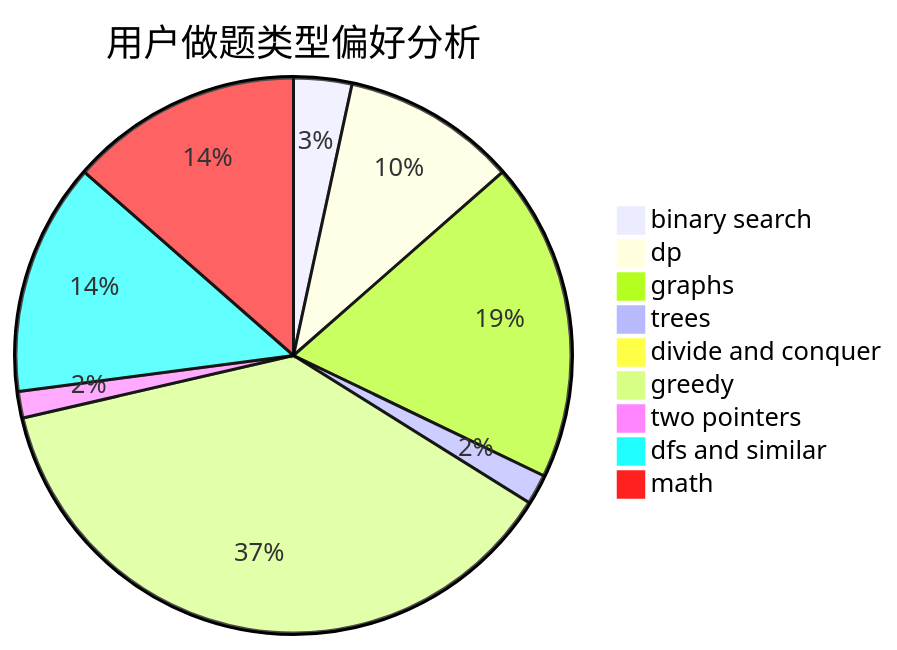
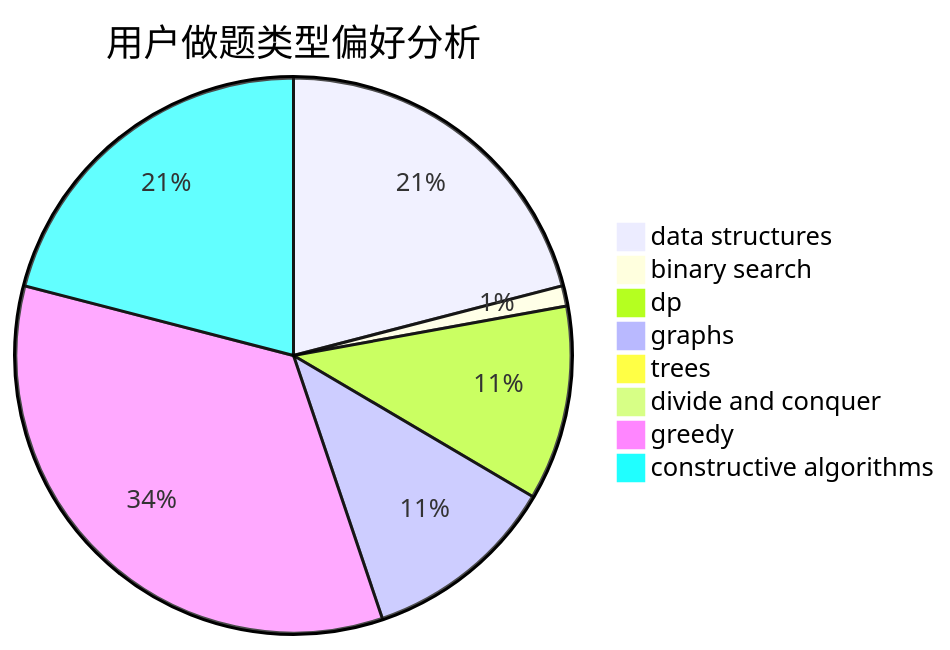
One commit to sherpahu/cfrs.github.io changed the second of 3 diagrams in docs/user/u880.md. Above: the diagram before and after it, drawn with Mermaid. The commit also changed other lines of this file and 2775 other files, not shown here.

````diff
--- a/docs/user/u880.md
+++ b/docs/user/u880.md
@@ -23,12 +23,11 @@
 ```mermaid
 pie title 用户做题类型偏好分析
-    "binary search" :  77
-    "dp" :  231
-    "graphs" :  423
-    "trees" :  40
+    "data structures" :  283
+    "binary search" :  16
+    "dp" :  153
+    "graphs" :  153
+    "trees" :  2
     "divide and conquer" :  0
-    "greedy" :  853
-    "two pointers" :  35
-    "dfs and similar" :  308
-    "math" :  308
+    "greedy" :  462
+    "constructive algorithms" :  283
 ```
````
